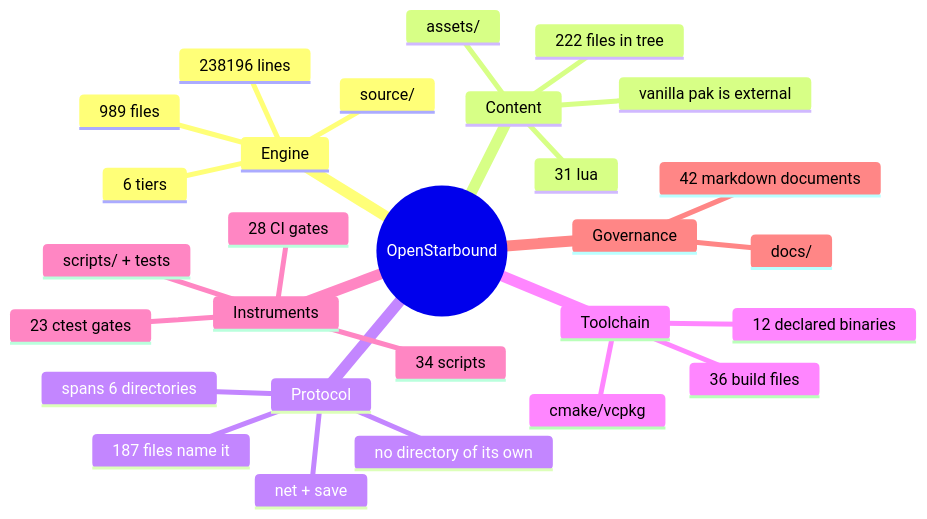
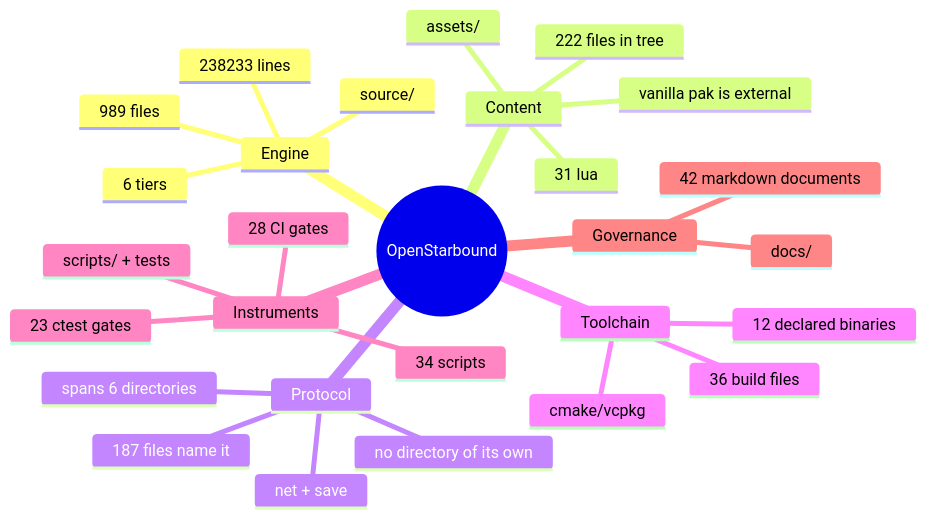
The second of 11 diagrams in docs/architecture/system-boundaries.md (apnex/OpenStarbound), drawn with Mermaid before and after one commit. The commit also changed other lines of this file and 4 other files, not shown here.

````diff
--- a/docs/architecture/system-boundaries.md
+++ b/docs/architecture/system-boundaries.md
@@ -166,31 +166,31 @@
 ```mermaid
 mindmap
   root((OpenStarbound))
     Engine
       source/
       989 files
-      238196 lines
+      238233 lines
       6 tiers
     Content
       assets/
       222 files in tree
       31 lua
       vanilla pak is external
     Protocol
       net + save
       187 files name it
       spans 6 directories
       no directory of its own
     Toolchain
       cmake/vcpkg
       36 build files
       12 declared binaries
     Instruments
       scripts/ + tests
       34 scripts
       23 ctest gates
       28 CI gates
     Governance
       docs/
       42 markdown documents
 ```
````
